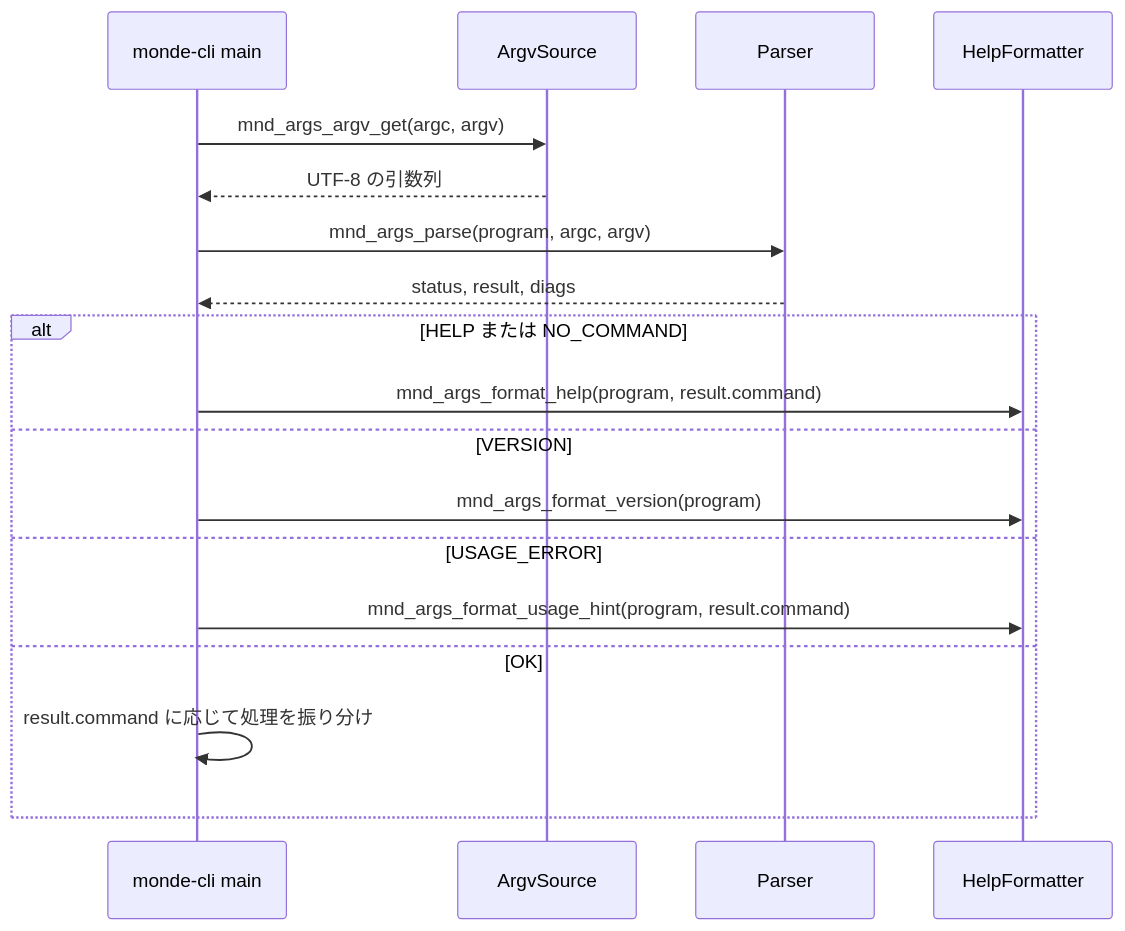
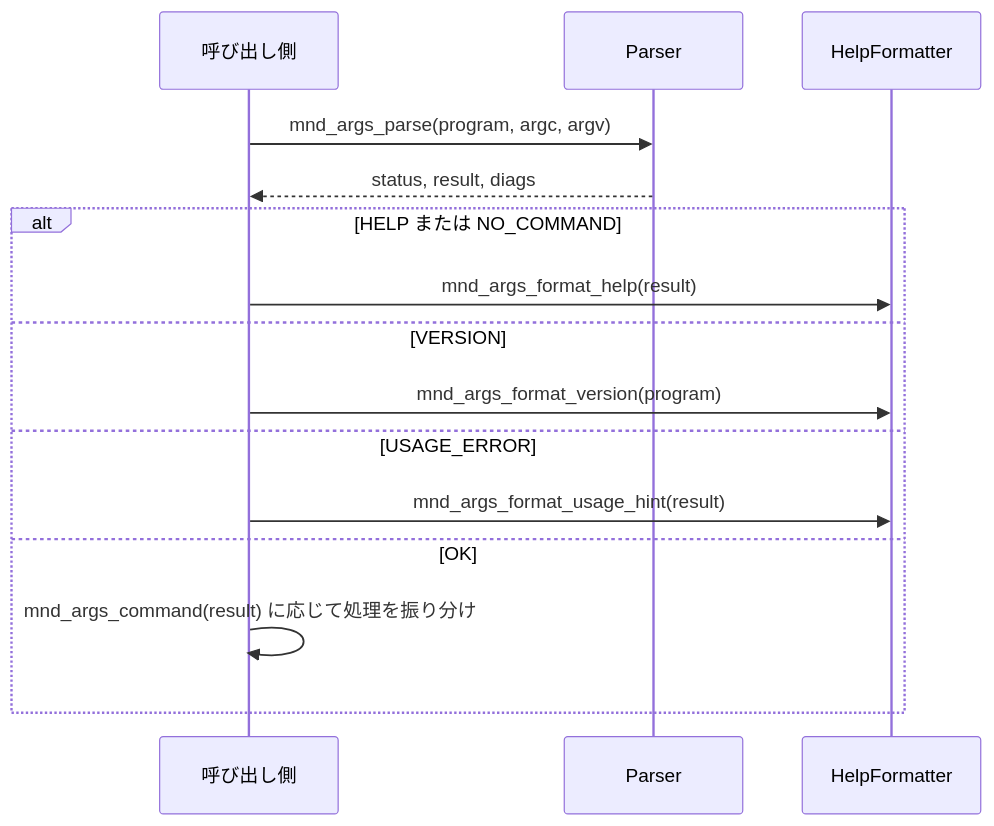
One commit to ktdevx/monde-private changed the third of 5 diagrams in .kiro/specs/cli-args/design.md. Above: the diagram before and after it, drawn with Mermaid. The commit also changed other lines of this file and 3 other files, not shown here.

First line of the commit message:
cli-args の設計をコマンドの木に基づく形へ改訂する

````diff
--- a/.kiro/specs/cli-args/design.md
+++ b/.kiro/specs/cli-args/design.md
@@ -522,20 +638,17 @@
 ```mermaid
 sequenceDiagram
-    participant Main as monde-cli main
-    participant Argv as ArgvSource
+    participant Run as 呼び出し側
     participant Parser
     participant Help as HelpFormatter
-    Main->>Argv: mnd_args_argv_get(argc, argv)
-    Argv-->>Main: UTF-8 の引数列
-    Main->>Parser: mnd_args_parse(program, argc, argv)
-    Parser-->>Main: status, result, diags
+    Run->>Parser: mnd_args_parse(program, argc, argv)
+    Parser-->>Run: status, result, diags
     alt HELP または NO_COMMAND
-        Main->>Help: mnd_args_format_help(program, result.command)
+        Run->>Help: mnd_args_format_help(result)
     else VERSION
-        Main->>Help: mnd_args_format_version(program)
+        Run->>Help: mnd_args_format_version(program)
     else USAGE_ERROR
-        Main->>Help: mnd_args_format_usage_hint(program, result.command)
+        Run->>Help: mnd_args_format_usage_hint(result)
     else OK
-        Main->>Main: result.command に応じて処理を振り分け
+        Run->>Run: mnd_args_command(result) に応じて処理を振り分け
     end
 ```
````
